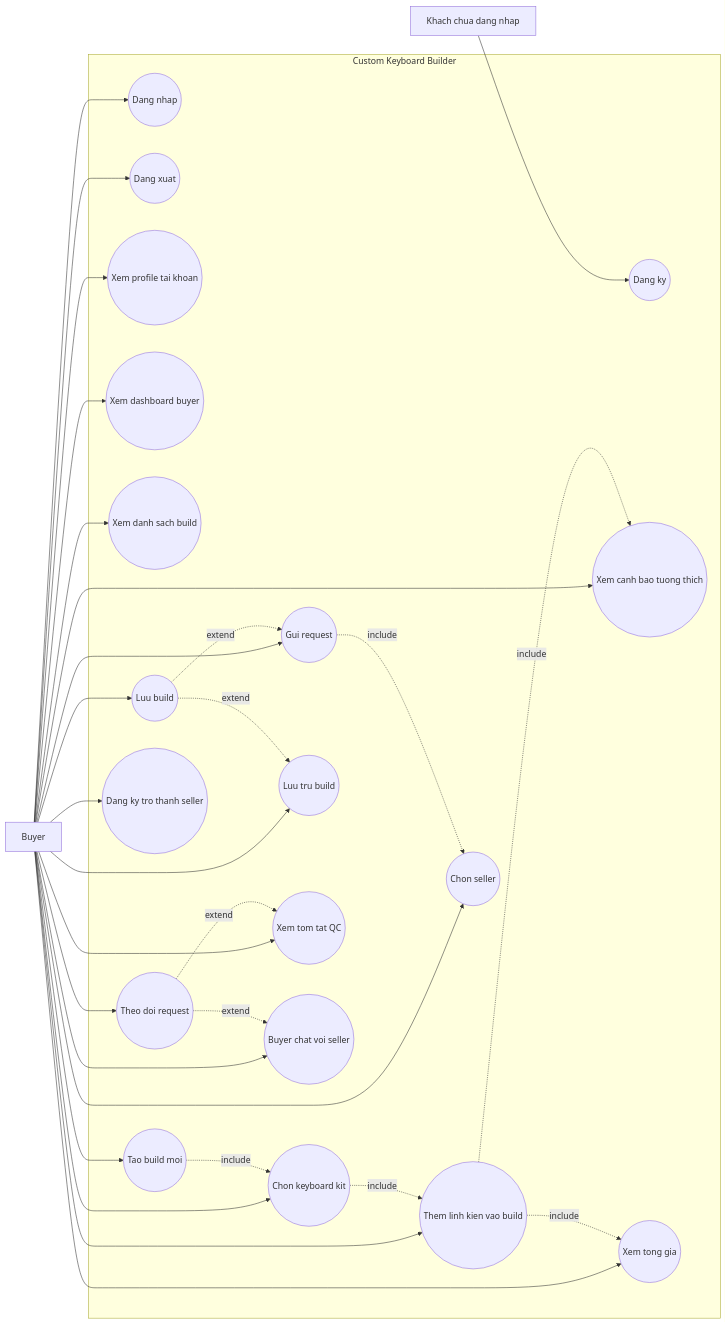
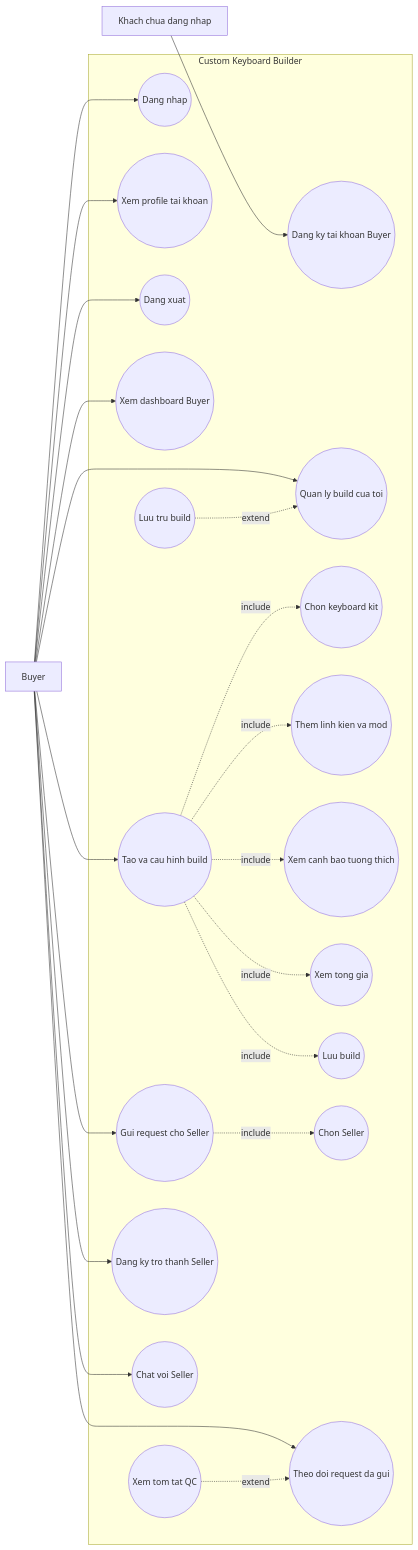
One commit to froynar/Custom_keyboard changed the first of 3 diagrams in Documents_Refactor/Custom_Keyboard_Use_Cases_Refactor.md. Above: the diagram before and after it, drawn with Mermaid. The commit also changed other lines of this file and 19 other files, not shown here.

````diff
--- a/Documents_Refactor/Custom_Keyboard_Use_Cases_Refactor.md
+++ b/Documents_Refactor/Custom_Keyboard_Use_Cases_Refactor.md
@@ -15,58 +22,52 @@
 ```mermaid
 flowchart LR
     Guest["Khach chua dang nhap"]
     Buyer["Buyer"]
 
     subgraph System["Custom Keyboard Builder"]
-        UC11(("Dang ky"))
+        UC11(("Dang ky tai khoan Buyer"))
         UC12(("Dang nhap"))
+        UC14(("Xem profile tai khoan"))
         UC13(("Dang xuat"))
-        UC14(("Xem profile tai khoan"))
 
-        UC21(("Xem dashboard buyer"))
-        UC22(("Xem danh sach build"))
-        UC23(("Tao build moi"))
+        UC21(("Xem dashboard Buyer"))
+        UC22(("Quan ly build cua toi"))
+        UC23(("Tao va cau hinh build"))
         UC24(("Chon keyboard kit"))
-        UC25(("Them linh kien vao build"))
+        UC25(("Them linh kien va mod"))
         UC26(("Xem canh bao tuong thich"))
         UC27(("Xem tong gia"))
         UC28(("Luu build"))
-        UC29(("Chon seller"))
-        UC210(("Gui request"))
-        UC211(("Theo doi request"))
         UC212(("Luu tru build"))
-        UC213(("Dang ky tro thanh seller"))
+
+        UC210(("Gui request cho Seller"))
+        UC29(("Chon Seller"))
+        UC211(("Theo doi request da gui"))
         UC214(("Xem tom tat QC"))
-        UC51(("Buyer chat voi seller"))
+        UC213(("Dang ky tro thanh Seller"))
+        UC51(("Chat voi Seller"))
     end
 
     Guest --> UC11
+
     Buyer --> UC12
+    Buyer --> UC14
     Buyer --> UC13
-    Buyer --> UC14
     Buyer --> UC21
     Buyer --> UC22
     Buyer --> UC23
-    Buyer --> UC24
-    Buyer --> UC25
-    Buyer --> UC26
-    Buyer --> UC27
-    Buyer --> UC28
-    Buyer --> UC29
     Buyer --> UC210
     Buyer --> UC211
-    Buyer --> UC212
     Buyer --> UC213
-    Buyer --> UC214
     Buyer --> UC51
 
     UC23 -. include .-> UC24
-    UC24 -. include .-> UC25
-    UC25 -. include .-> UC26
-    UC25 -. include .-> UC27
-    UC28 -. extend .-> UC210
-    UC28 -. extend .-> UC212
+    UC23 -. include .-> UC25
+    UC23 -. include .-> UC26
+    UC23 -. include .-> UC27
+    UC23 -. include .-> UC28
+
+    UC212 -. extend .-> UC22
     UC210 -. include .-> UC29
-    UC211 -. extend .-> UC51
-    UC211 -. extend .-> UC214
+    UC214 -. extend .-> UC211
 ```
````
